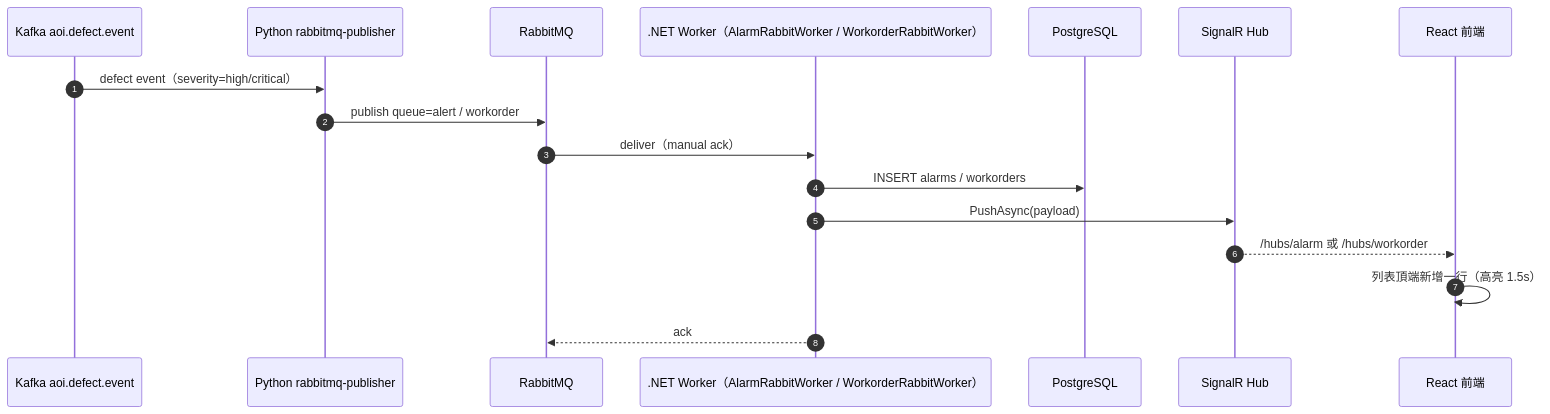
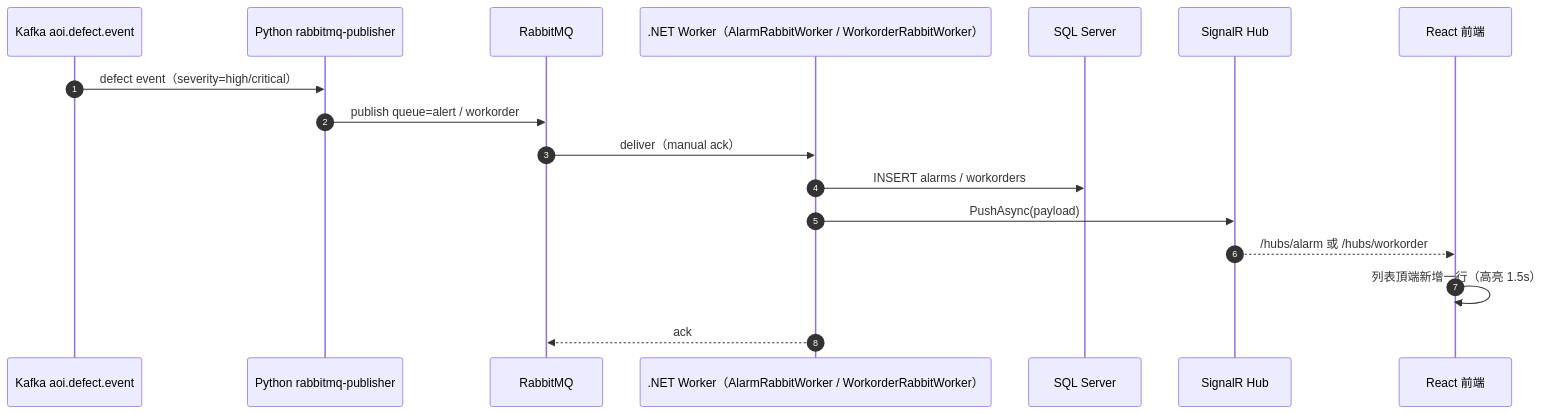
Before and after one commit to sfad159357/aoi-ops-platform: the fourth of 6 diagrams in graph.md, drawn with Mermaid. The commit also changed other lines of this file and 7 other files, not shown here.

First line of the commit message:
chore: default to SQL Server and add dev compose

````diff
--- a/graph.md
+++ b/graph.md
@@ -173,20 +173,20 @@
 ```mermaid
 sequenceDiagram
   autonumber
   participant K as Kafka aoi.defect.event
   participant PUB as Python rabbitmq-publisher
   participant Q as RabbitMQ
   participant W as .NET Worker（AlarmRabbitWorker / WorkorderRabbitWorker）
-  participant PG as PostgreSQL
+  participant DB as SQL Server
   participant H as SignalR Hub
   participant FE as React 前端
 
   K->>PUB: defect event（severity=high/critical）
   PUB->>Q: publish queue=alert / workorder
   Q->>W: deliver（manual ack）
-  W->>PG: INSERT alarms / workorders
+  W->>DB: INSERT alarms / workorders
   W->>H: PushAsync(payload)
   H-->>FE: /hubs/alarm 或 /hubs/workorder
   FE->>FE: 列表頂端新增一行（高亮 1.5s）
   W-->>Q: ack
 ```
````
